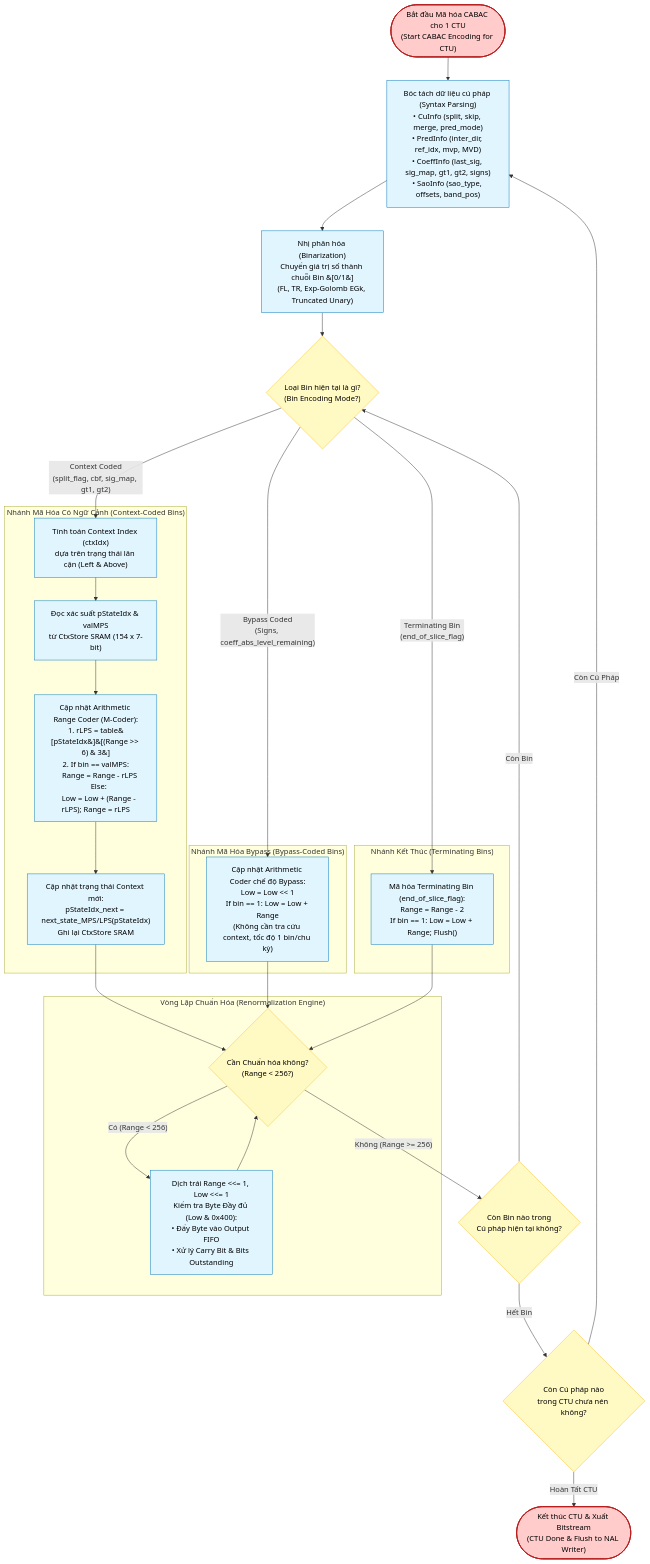
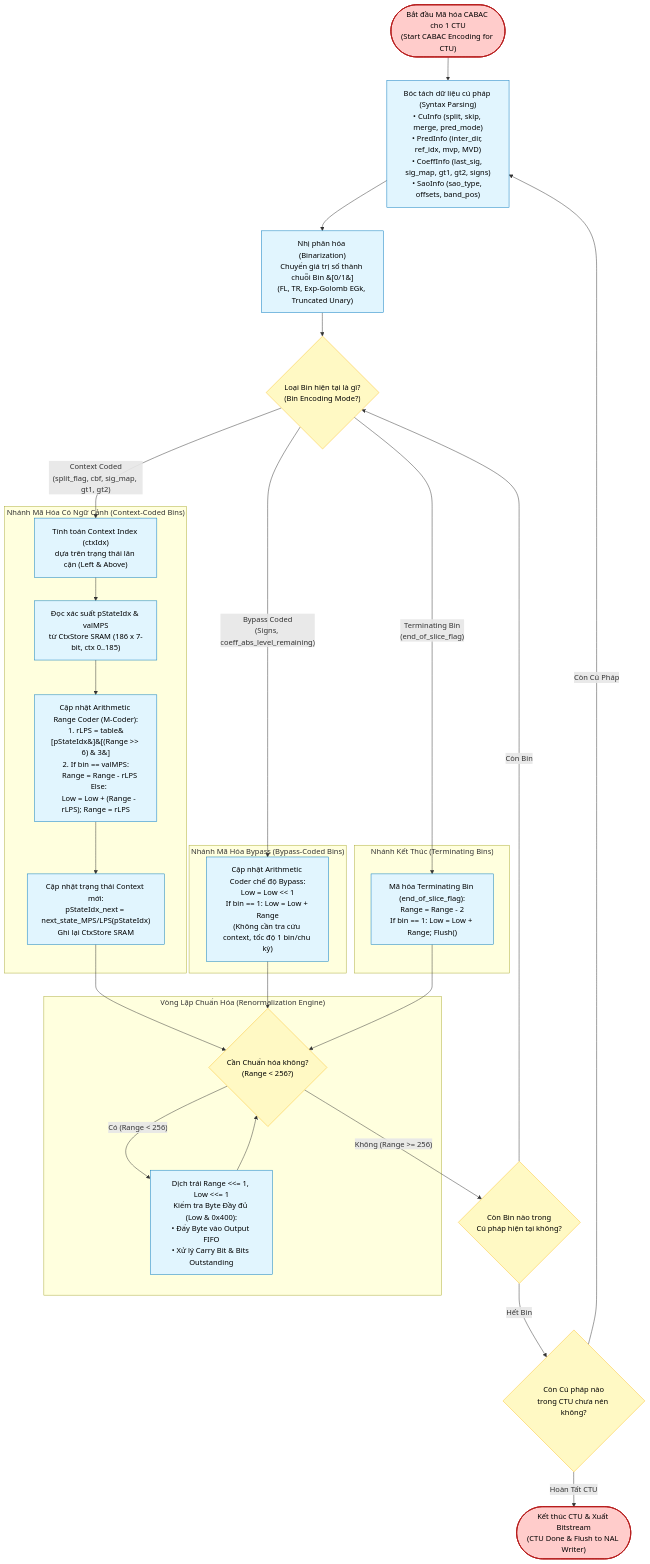
Before and after one commit to minh-tb/hevc_hw_encoder: the first of 2 diagrams in docs/CABAC.md, drawn with Mermaid. The commit also changed other lines of this file and 55 other files, not shown here.

````diff
--- a/docs/CABAC.md
+++ b/docs/CABAC.md
@@ -26,73 +26,73 @@
 ```mermaid
 flowchart TD
     %% Node Styling
     classDef startend fill:#ffcccb,stroke:#b71c1c,stroke-width:2px,color:#000;
     classDef process fill:#e1f5fe,stroke:#0277bd,stroke-width:1px,color:#000;
     classDef decision fill:#fff9c4,stroke:#fbc02d,stroke-width:1px,color:#000;
     classDef storage fill:#dcedc8,stroke:#33691e,stroke-width:1px,color:#000;
 
     Start(["Bắt đầu Mã hóa CABAC cho 1 CTU<br/>(Start CABAC Encoding for CTU)"])
     End(["Kết thúc CTU & Xuất Bitstream<br/>(CTU Done & Flush to NAL Writer)"])
 
     %% Syntax Extraction & Binarization
     ParseSyntax["Bóc tách dữ liệu cú pháp (Syntax Parsing)<br/>&bull; CuInfo (split, skip, merge, pred_mode)<br/>&bull; PredInfo (inter_dir, ref_idx, mvp, MVD)<br/>&bull; CoeffInfo (last_sig, sig_map, gt1, gt2, signs)<br/>&bull; SaoInfo (sao_type, offsets, band_pos)"]
 
     Binarization["Nhị phân hóa (Binarization)<br/>Chuyển giá trị số thành chuỗi Bin &#91;0/1&#93;<br/>(FL, TR, Exp-Golomb EGk, Truncated Unary)"]
 
     CheckBinType{"Loại Bin hiện tại là gì?<br/>(Bin Encoding Mode?)"}
 
     %% Regular Context Coded Path
     subgraph RegularCoding ["Nhánh Mã Hóa Có Ngữ Cảnh (Context-Coded Bins)"]
         CalcCtx["Tính toán Context Index (ctxIdx)<br/>dựa trên trạng thái lân cận (Left &amp; Above)"]
-        ReadCtx["Đọc xác suất pStateIdx &amp; valMPS<br/>từ CtxStore SRAM (154 x 7-bit)"]
+        ReadCtx["Đọc xác suất pStateIdx &amp; valMPS<br/>từ CtxStore SRAM (186 x 7-bit, ctx 0..185)"]
         RangeCoderCtx["Cập nhật Arithmetic Range Coder (M-Coder):<br/>1. rLPS = table&#91;pStateIdx&#93;&#91;(Range &gt;&gt; 6) &amp; 3&#93;<br/>2. If bin == valMPS:<br/>&nbsp;&nbsp;&nbsp;&nbsp;Range = Range - rLPS<br/>&nbsp;&nbsp;&nbsp;Else:<br/>&nbsp;&nbsp;&nbsp;&nbsp;Low = Low + (Range - rLPS); Range = rLPS"]
         UpdateCtx["Cập nhật trạng thái Context mới:<br/>pStateIdx_next = next_state_MPS/LPS(pStateIdx)<br/>Ghi lại CtxStore SRAM"]
     end
 
     %% Bypass Coded Path
     subgraph BypassCoding ["Nhánh Mã Hóa Bypass (Bypass-Coded Bins)"]
         RangeCoderBypass["Cập nhật Arithmetic Coder chế độ Bypass:<br/>Low = Low &lt;&lt; 1<br/>If bin == 1: Low = Low + Range<br/>(Không cần tra cứu context, tốc độ 1 bin/chu kỳ)"]
     end
 
     %% Terminating Bin Path
     subgraph TermCoding ["Nhánh Kết Thúc (Terminating Bins)"]
         RangeCoderTerm["Mã hóa Terminating Bin (end_of_slice_flag):<br/>Range = Range - 2<br/>If bin == 1: Low = Low + Range; Flush()"]
     end
 
     %% Renormalization Loop
     subgraph RenormLoop ["Vòng Lặp Chuẩn Hóa (Renormalization Engine)"]
         CheckRenorm{"Cần Chuẩn hóa không?<br/>(Range &lt; 256?)"}
         DoRenorm["Dịch trái Range &lt;&lt;= 1, Low &lt;&lt;= 1<br/>Kiểm tra Byte Đầy đủ (Low &amp; 0x400):<br/>&bull; Đẩy Byte vào Output FIFO<br/>&bull; Xử lý Carry Bit &amp; Bits Outstanding"]
     end
 
     %% Iteration Control
     CheckMoreBins{"Còn Bin nào trong<br/>Cú pháp hiện tại không?"}
     CheckMoreSyntax{"Còn Cú pháp nào<br/>trong CTU chưa nén không?"}
 
     %% Stream Connections
     Start --> ParseSyntax --> Binarization --> CheckBinType
 
     CheckBinType -- "Context Coded<br/>(split_flag, cbf, sig_map, gt1, gt2)" --> CalcCtx
     CalcCtx --> ReadCtx --> RangeCoderCtx --> UpdateCtx --> CheckRenorm
 
     CheckBinType -- "Bypass Coded<br/>(Signs, coeff_abs_level_remaining)" --> RangeCoderBypass --> CheckRenorm
 
     CheckBinType -- "Terminating Bin<br/>(end_of_slice_flag)" --> RangeCoderTerm --> CheckRenorm
 
     %% Renorm Loop Routing
     CheckRenorm -- "Có (Range &lt; 256)" --> DoRenorm
     DoRenorm --> CheckRenorm
     CheckRenorm -- "Không (Range &gt;= 256)" --> CheckMoreBins
 
     %% Multi-level Bins / Syntax Loop
     CheckMoreBins -- "Còn Bin" --> CheckBinType
     CheckMoreBins -- "Hết Bin" --> CheckMoreSyntax
 
     CheckMoreSyntax -- "Còn Cú Pháp" --> ParseSyntax
     CheckMoreSyntax -- "Hoàn Tất CTU" --> End
 
     %% Styling Classes
     class Start,End startend;
     class ParseSyntax,Binarization,CalcCtx,ReadCtx,RangeCoderCtx,UpdateCtx,RangeCoderBypass,RangeCoderTerm,DoRenorm process;
     class CheckBinType,CheckRenorm,CheckMoreBins,CheckMoreSyntax decision;
 ```
````
